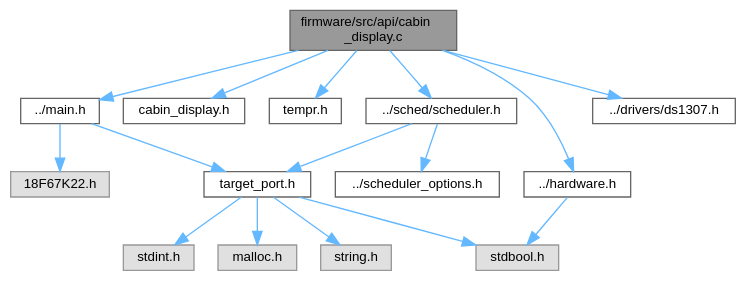
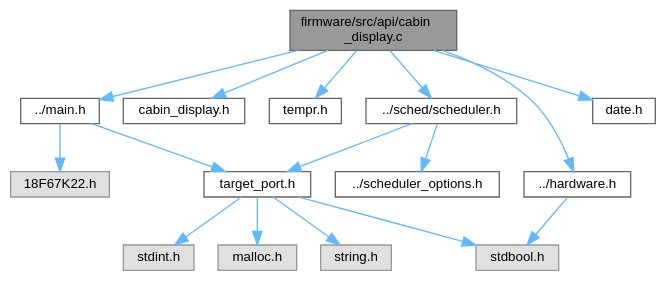
The diagram in dev/cabin__display_8c__incl.dot (Ghaadyy/elevator-controller), drawn with Graphviz before and after one commit. The commit also changed 90 other files, not shown here.

```diff
--- a/dev/cabin__display_8c__incl.dot
+++ b/dev/cabin__display_8c__incl.dot
@@ -1,36 +1,36 @@
 digraph "firmware/src/api/cabin_display.c"
 {
  // LATEX_PDF_SIZE
   bgcolor="transparent";
   edge [fontname=Helvetica,fontsize=10,labelfontname=Helvetica,labelfontsize=10];
   node [fontname=Helvetica,fontsize=10,shape=box,height=0.2,width=0.4];
   Node1 [id="Node000001",label="firmware/src/api/cabin\l_display.c",height=0.2,width=0.4,color="gray40", fillcolor="grey60", style="filled", fontcolor="black",tooltip=" "];
   Node1 -> Node2 [id="edge1_Node000001_Node000002",color="steelblue1",style="solid",tooltip=" "];
   Node2 [id="Node000002",label="../main.h",height=0.2,width=0.4,color="grey40", fillcolor="white", style="filled",URL="$main_8h.html",tooltip=" "];
   Node2 -> Node3 [id="edge2_Node000002_Node000003",color="steelblue1",style="solid",tooltip=" "];
   Node3 [id="Node000003",label="18F67K22.h",height=0.2,width=0.4,color="grey60", fillcolor="#E0E0E0", style="filled",tooltip=" "];
   Node2 -> Node4 [id="edge3_Node000002_Node000004",color="steelblue1",style="solid",tooltip=" "];
   Node4 [id="Node000004",label="target_port.h",height=0.2,width=0.4,color="grey40", fillcolor="white", style="filled",URL="$target__port_8h.html",tooltip=" "];
   Node4 -> Node5 [id="edge4_Node000004_Node000005",color="steelblue1",style="solid",tooltip=" "];
   Node5 [id="Node000005",label="stdbool.h",height=0.2,width=0.4,color="grey60", fillcolor="#E0E0E0", style="filled",tooltip=" "];
   Node4 -> Node6 [id="edge5_Node000004_Node000006",color="steelblue1",style="solid",tooltip=" "];
   Node6 [id="Node000006",label="stdint.h",height=0.2,width=0.4,color="grey60", fillcolor="#E0E0E0", style="filled",tooltip=" "];
   Node4 -> Node7 [id="edge6_Node000004_Node000007",color="steelblue1",style="solid",tooltip=" "];
   Node7 [id="Node000007",label="malloc.h",height=0.2,width=0.4,color="grey60", fillcolor="#E0E0E0", style="filled",tooltip=" "];
   Node4 -> Node8 [id="edge7_Node000004_Node000008",color="steelblue1",style="solid",tooltip=" "];
   Node8 [id="Node000008",label="string.h",height=0.2,width=0.4,color="grey60", fillcolor="#E0E0E0", style="filled",tooltip=" "];
   Node1 -> Node9 [id="edge8_Node000001_Node000009",color="steelblue1",style="solid",tooltip=" "];
   Node9 [id="Node000009",label="cabin_display.h",height=0.2,width=0.4,color="grey40", fillcolor="white", style="filled",URL="$cabin__display_8h.html",tooltip=" "];
   Node1 -> Node10 [id="edge9_Node000001_Node000010",color="steelblue1",style="solid",tooltip=" "];
   Node10 [id="Node000010",label="tempr.h",height=0.2,width=0.4,color="grey40", fillcolor="white", style="filled",URL="$tempr_8h.html",tooltip=" "];
   Node1 -> Node11 [id="edge10_Node000001_Node000011",color="steelblue1",style="solid",tooltip=" "];
   Node11 [id="Node000011",label="../hardware.h",height=0.2,width=0.4,color="grey40", fillcolor="white", style="filled",URL="$hardware_8h.html",tooltip=" "];
   Node11 -> Node5 [id="edge11_Node000011_Node000005",color="steelblue1",style="solid",tooltip=" "];
   Node1 -> Node12 [id="edge12_Node000001_Node000012",color="steelblue1",style="solid",tooltip=" "];
   Node12 [id="Node000012",label="../sched/scheduler.h",height=0.2,width=0.4,color="grey40", fillcolor="white", style="filled",URL="$scheduler_8h.html",tooltip=" "];
   Node12 -> Node13 [id="edge13_Node000012_Node000013",color="steelblue1",style="solid",tooltip=" "];
   Node13 [id="Node000013",label="../scheduler_options.h",height=0.2,width=0.4,color="grey40", fillcolor="white", style="filled",URL="$scheduler__options_8h.html",tooltip=" "];
   Node12 -> Node4 [id="edge14_Node000012_Node000004",color="steelblue1",style="solid",tooltip=" "];
   Node1 -> Node14 [id="edge15_Node000001_Node000014",color="steelblue1",style="solid",tooltip=" "];
-  Node14 [id="Node000014",label="../drivers/ds1307.h",height=0.2,width=0.4,color="grey40", fillcolor="white", style="filled",URL="$ds1307_8h.html",tooltip=" "];
+  Node14 [id="Node000014",label="date.h",height=0.2,width=0.4,color="grey40", fillcolor="white", style="filled",URL="$date_8h.html",tooltip=" "];
 }
```
